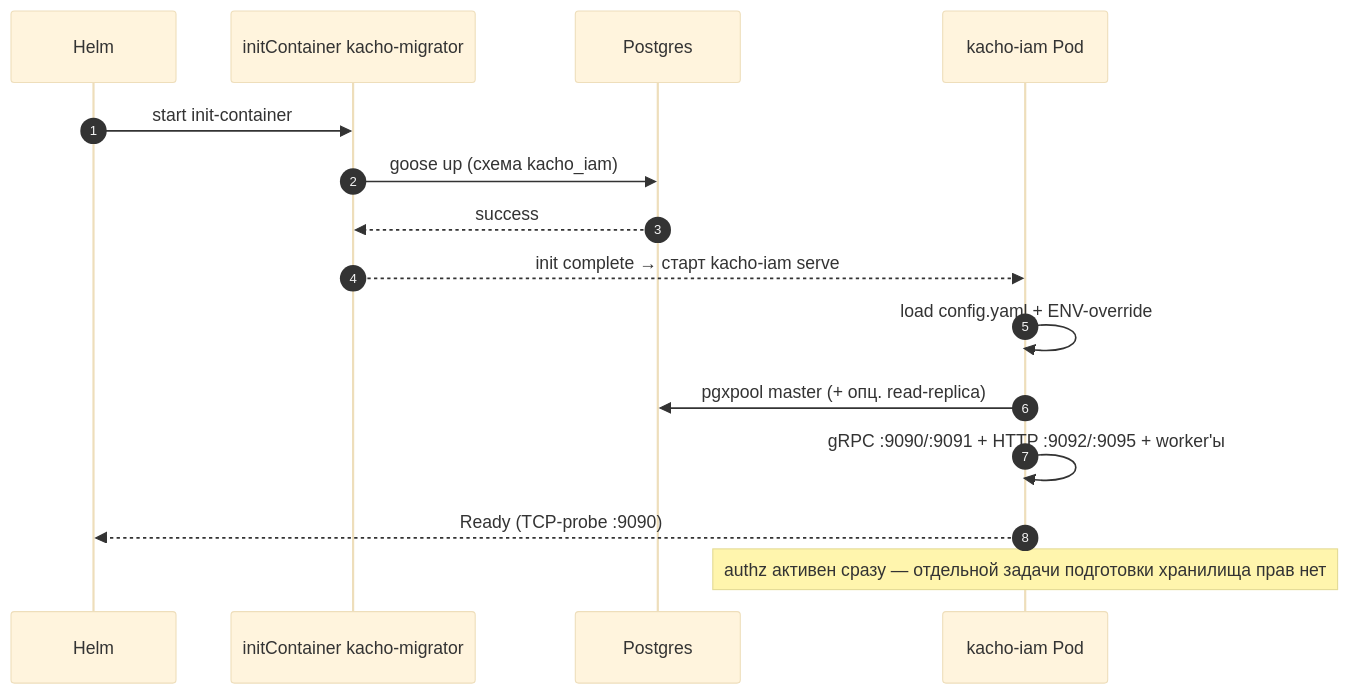
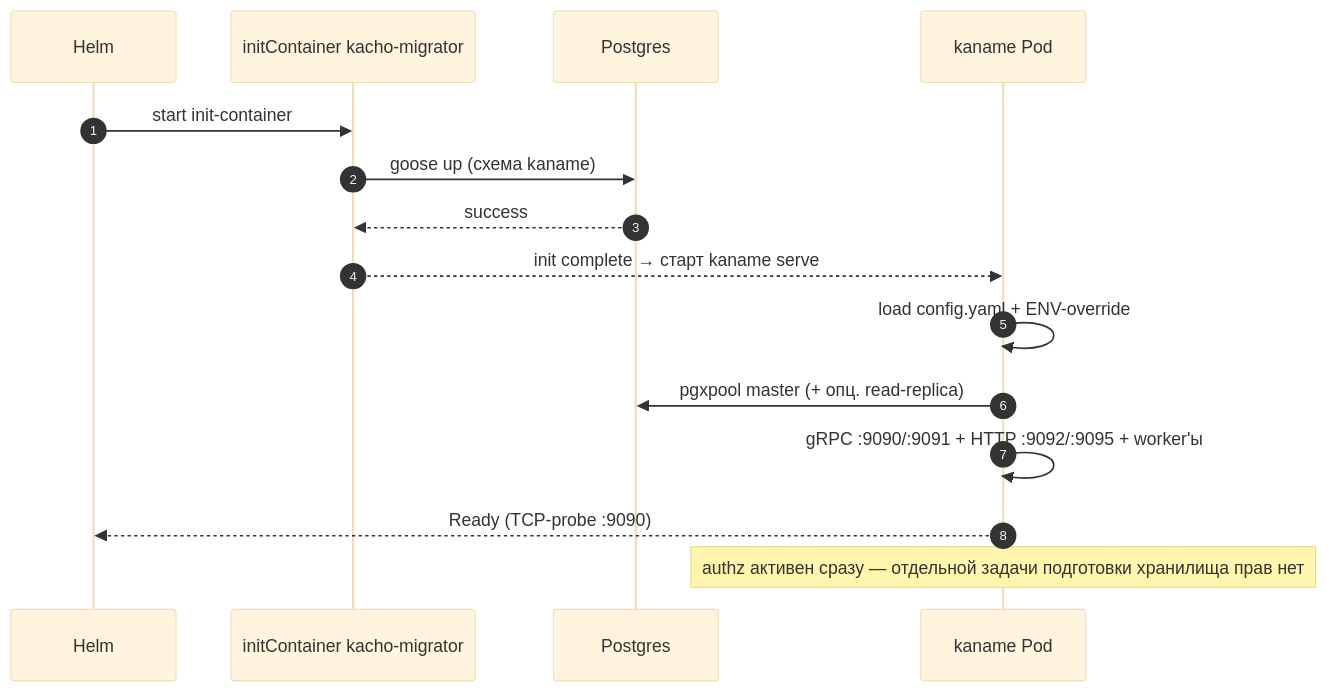
The second of 2 diagrams in docs/engineering/components/31-deployment.md (PRO-Robotech/kacho-iam), drawn with Mermaid (base theme) before and after one commit. The commit also changed other lines of this file and 3123 other files, not shown here.

````diff
--- a/docs/engineering/components/31-deployment.md
+++ b/docs/engineering/components/31-deployment.md
@@ -498,18 +498,18 @@
 ```mermaid
 sequenceDiagram
     autonumber
     participant Helm
     participant Init as initContainer kacho-migrator
     participant PG as Postgres
-    participant Pod as kacho-iam Pod
+    participant Pod as kaname Pod
 
     Helm->>Init: start init-container
-    Init->>PG: goose up (схема kacho_iam)
+    Init->>PG: goose up (схема kaname)
     PG-->>Init: success
-    Init-->>Pod: init complete → старт kacho-iam serve
+    Init-->>Pod: init complete → старт kaname serve
     Pod->>Pod: load config.yaml + ENV-override
     Pod->>PG: pgxpool master (+ опц. read-replica)
     Pod->>Pod: gRPC :9090/:9091 + HTTP :9092/:9095 + worker'ы
     Pod-->>Helm: Ready (TCP-probe :9090)
     Note over Pod: authz активен сразу — отдельной задачи подготовки хранилища прав нет
 ```
````
